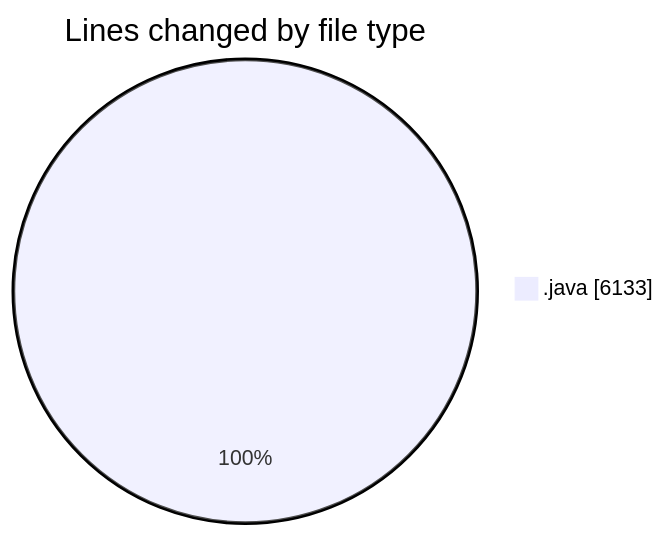
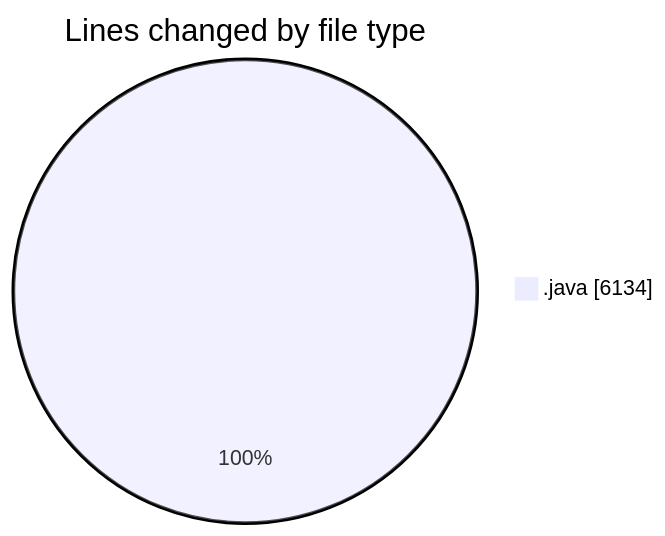
Before and after one commit to ricardozamudiocil/code-tracking: the first of 2 diagrams in 2026-05-05/cilapp/README.md, drawn with Mermaid. The commit also changed other lines of this file and 1 other file, not shown here.

````diff
--- a/2026-05-05/cilapp/README.md
+++ b/2026-05-05/cilapp/README.md
@@ -26,5 +26,5 @@
 ```mermaid
 pie showData
 title Lines changed by file type
-".java" : 6133
+".java" : 6134
 ```
````
